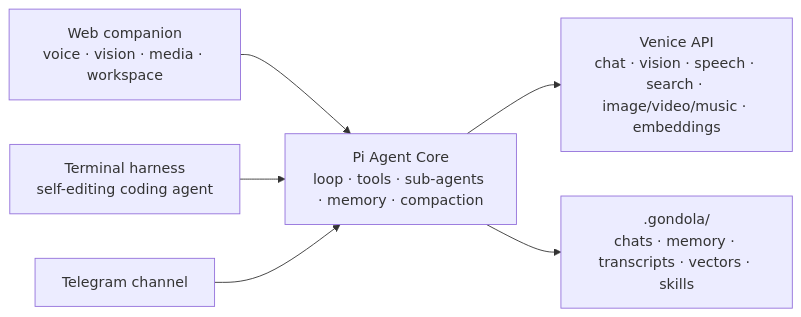
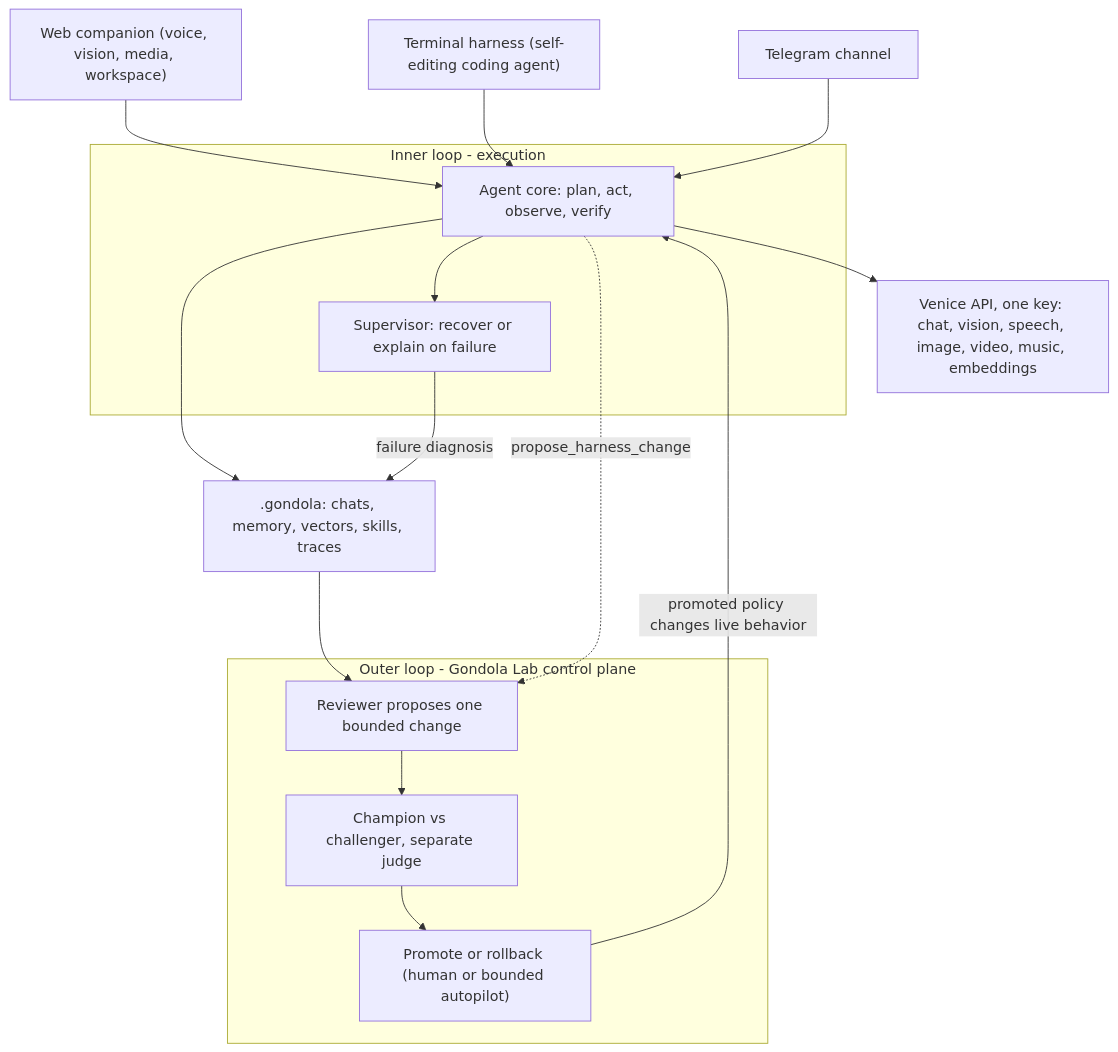
Before and after one commit to autrera/gondola: the diagram in README.md, drawn with Mermaid. The commit also changed other lines of this file, not shown here.

Commit message:
docs(readme): update architecture for the closed self-improvement loop
The README diagram + text predated the self-drive work and undersold the
project. Update them to reflect what's now on main.

- Architecture diagram: replace the flat front-ends -> core -> Venice flow with
  the closed loop (inner loop + supervisor, outer loop / Gondola Lab, harness
  benefit, agent-triggered proposals, bounded autopilot).
- Intro: lead with the self-improvement thesis and the inner/outer loop.
- Capabilities: add Self-improvement (Gondola Lab), Self-recovery (supervisor),
  and Self-modification (own model, abilities, propose_harness_change).
- Architecture notes: describe the loop, harness benefit, and the guardrails
  (agent never grades/promotes itself; disallowed areas off limits).

````diff
--- a/README.md
+++ b/README.md
@@ -68,8 +73,27 @@
 ```mermaid
-flowchart LR
-  Web["Web companion<br/>voice · vision · media · workspace"] --> Core
-  CLI["Terminal harness<br/>self-editing coding agent"] --> Core
-  TG["Telegram channel"] --> Core
-  Core["Pi Agent Core<br/>loop · tools · sub-agents · memory · compaction"] --> Venice["Venice API<br/>chat · vision · speech · search · image/video/music · embeddings"]
-  Core --> Local[".gondola/<br/>chats · memory · transcripts · vectors · skills"]
+flowchart TB
+  Web["Web companion (voice, vision, media, workspace)"] --> Agent
+  CLI["Terminal harness (self-editing coding agent)"] --> Agent
+  TG["Telegram channel"] --> Agent
+
+  subgraph innerLoop [Inner loop - execution]
+    Agent["Agent core: plan, act, observe, verify"]
+    Supervisor["Supervisor: recover or explain on failure"]
+    Agent --> Supervisor
+  end
+
+  Agent --> Venice["Venice API, one key: chat, vision, speech, image, video, music, embeddings"]
+  Agent --> Store[".gondola: chats, memory, vectors, skills, traces"]
+
+  subgraph outerLoop [Outer loop - Gondola Lab control plane]
+    Reviewer["Reviewer proposes one bounded change"]
+    Evaluate["Champion vs challenger, separate judge"]
+    Promote["Promote or rollback (human or bounded autopilot)"]
+    Reviewer --> Evaluate --> Promote
+  end
+
+  Store --> Reviewer
+  Supervisor -->|"failure diagnosis"| Store
+  Agent -.->|"propose_harness_change"| Reviewer
+  Promote -->|"promoted policy changes live behavior"| Agent
 ```
````
